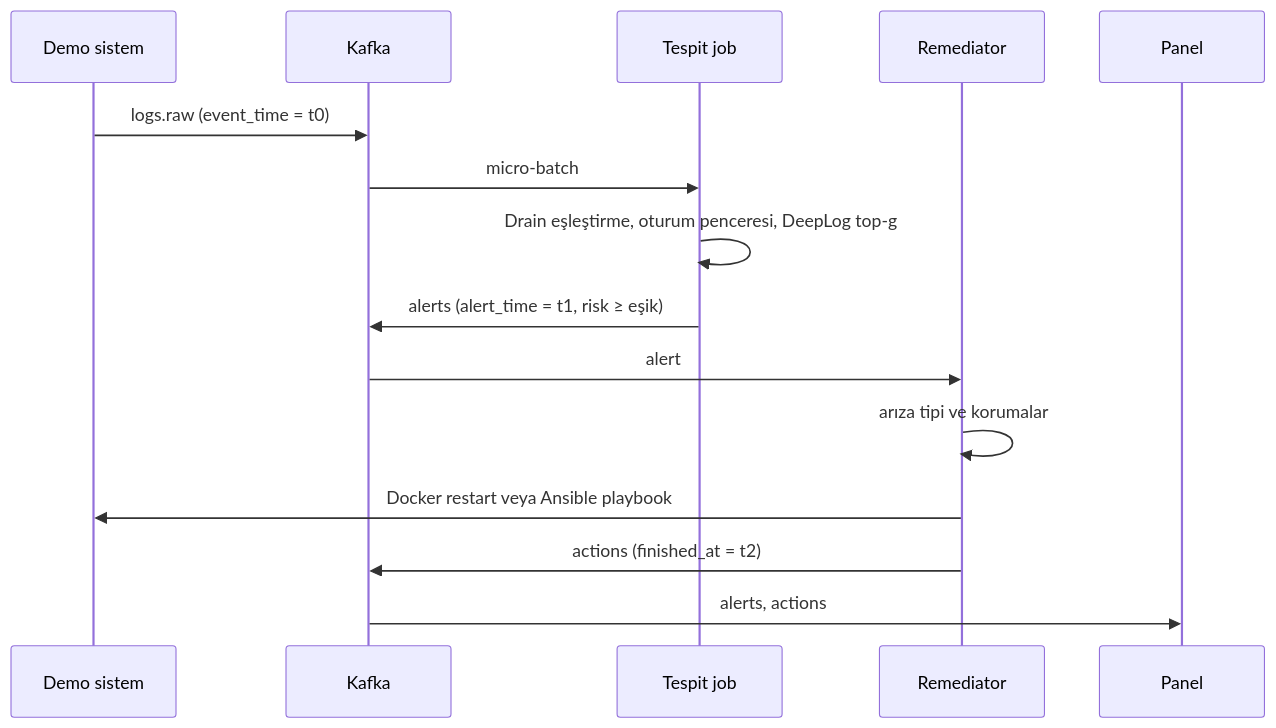
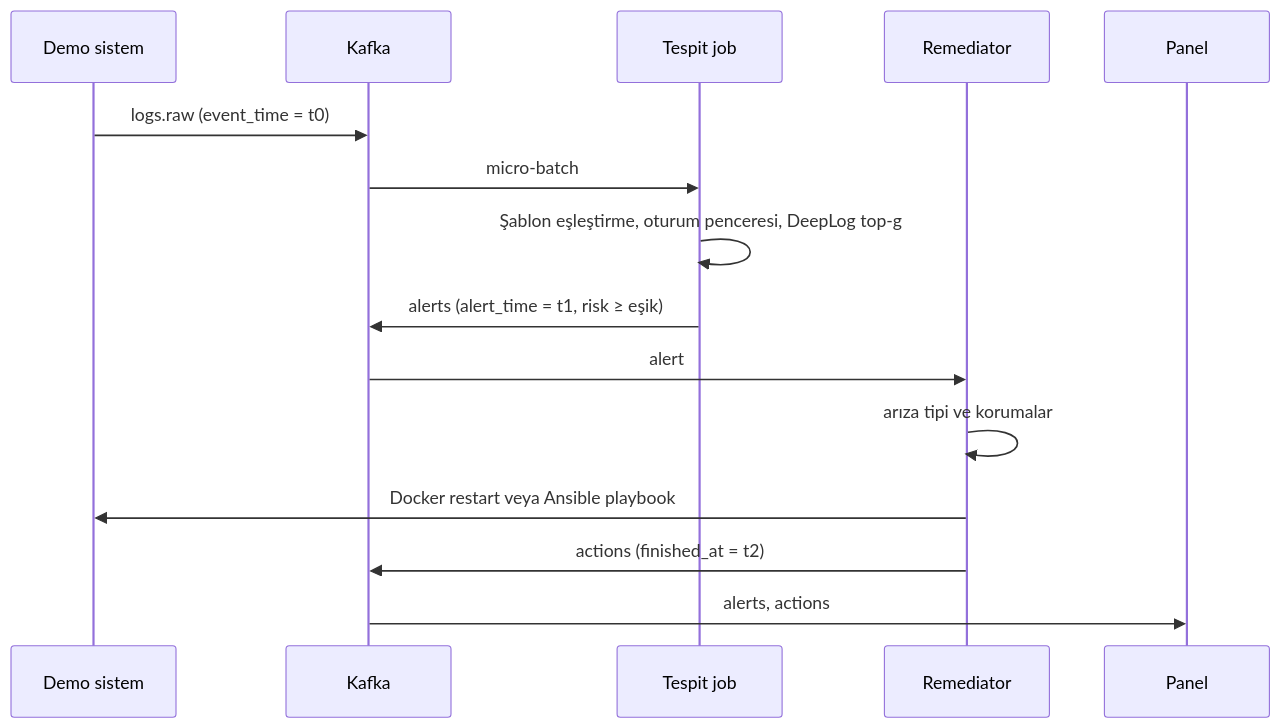
Before and after one commit to ardagonca/deeplog-aiops: the second of 2 diagrams in docs/01-mimari.md, drawn with Mermaid. The commit also changed other lines of this file and 4 other files, not shown here.

````diff
--- a/docs/01-mimari.md
+++ b/docs/01-mimari.md
@@ -70,17 +70,17 @@
 ```mermaid
 sequenceDiagram
   participant App as Demo sistem
   participant K as Kafka
   participant S as Tespit job
   participant RM as Remediator
   participant UI as Panel
   App->>K: logs.raw (event_time = t0)
   K->>S: micro-batch
-  S->>S: Drain eşleştirme, oturum penceresi, DeepLog top-g
+  S->>S: Şablon eşleştirme, oturum penceresi, DeepLog top-g
   S->>K: alerts (alert_time = t1, risk ≥ eşik)
   K->>RM: alert
   RM->>RM: arıza tipi ve korumalar
   RM->>App: Docker restart veya Ansible playbook
   RM->>K: actions (finished_at = t2)
   K->>UI: alerts, actions
 ```
````
